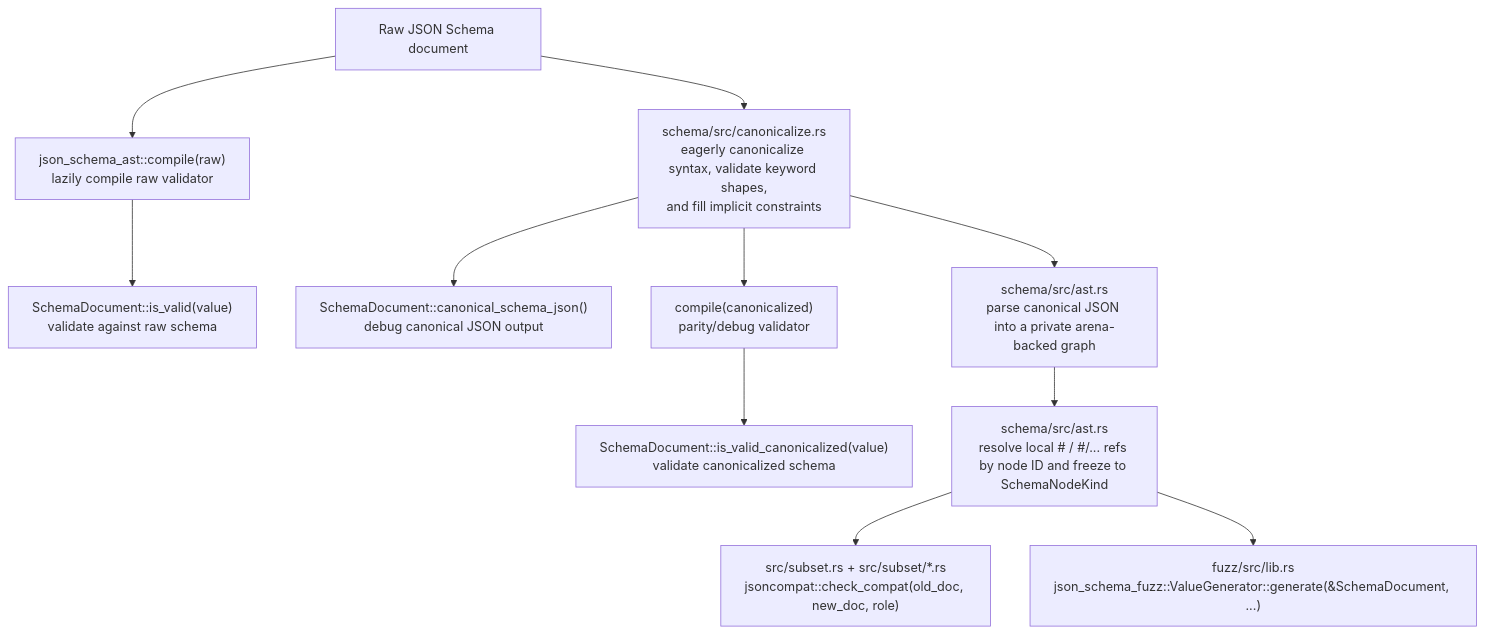
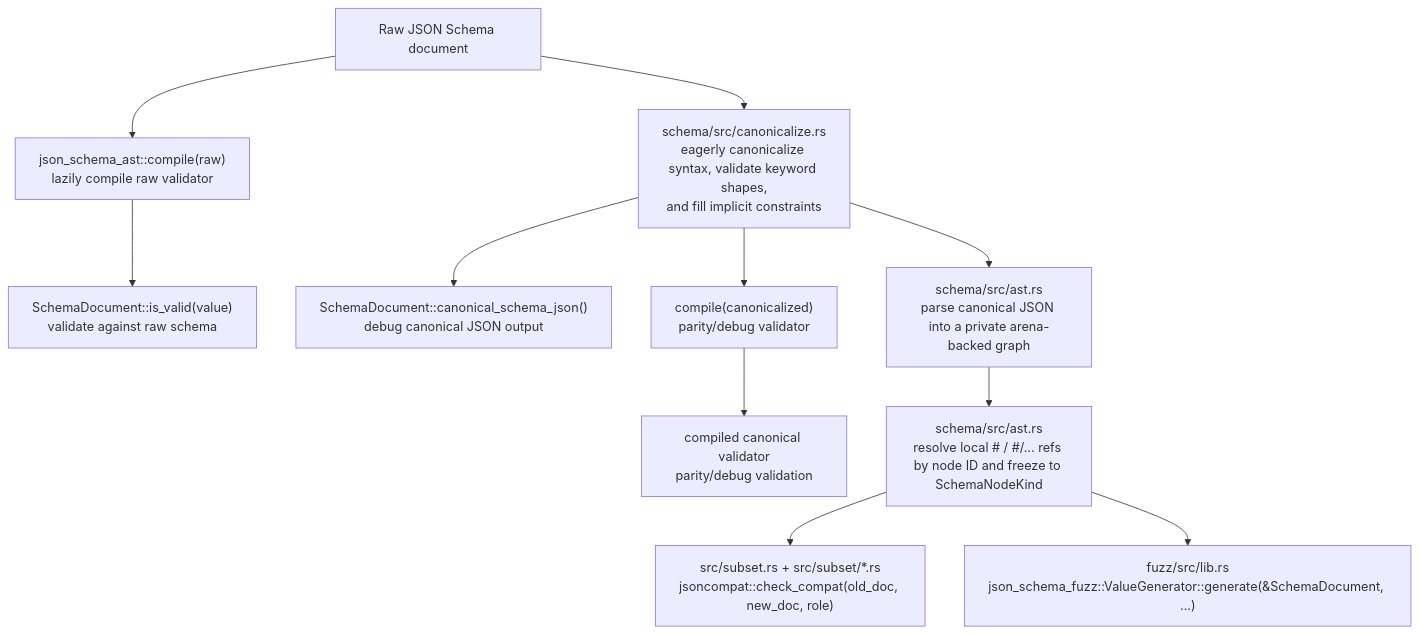
The diagram in readme.md (ostrowr/jsoncompat), drawn with Mermaid before and after one commit. The commit also changed other lines of this file and 27 other files, not shown here.

````diff
--- a/readme.md
+++ b/readme.md
@@ -231,21 +258,21 @@
 ```mermaid
 flowchart TD
     raw["Raw JSON Schema document"]
     compile_raw["json_schema_ast::compile(raw)\nlazily compile raw validator"]
     validate_raw["SchemaDocument::is_valid(value)\nvalidate against raw schema"]
     canonicalize["schema/src/canonicalize.rs\neagerly canonicalize syntax, validate keyword shapes,\nand fill implicit constraints"]
     canonical_json["SchemaDocument::canonical_schema_json()\ndebug canonical JSON output"]
     compile_canonical["compile(canonicalized)\nparity/debug validator"]
-    validate_canonical["SchemaDocument::is_valid_canonicalized(value)\nvalidate canonicalized schema"]
+    validate_canonical["compiled canonical validator\nparity/debug validation"]
     parse["schema/src/ast.rs\nparse canonical JSON into a private arena-backed graph"]
     resolve["schema/src/ast.rs\nresolve local # / #/... refs by node ID and freeze to SchemaNodeKind"]
     compat["src/subset.rs + src/subset/*.rs\njsoncompat::check_compat(old_doc, new_doc, role)"]
     fuzz["fuzz/src/lib.rs\njson_schema_fuzz::ValueGenerator::generate(&SchemaDocument, ...)"]
 
     raw --> compile_raw --> validate_raw
     raw --> canonicalize --> parse --> resolve
     canonicalize --> canonical_json
     canonicalize --> compile_canonical --> validate_canonical
     resolve --> compat
     resolve --> fuzz
 ```
````
